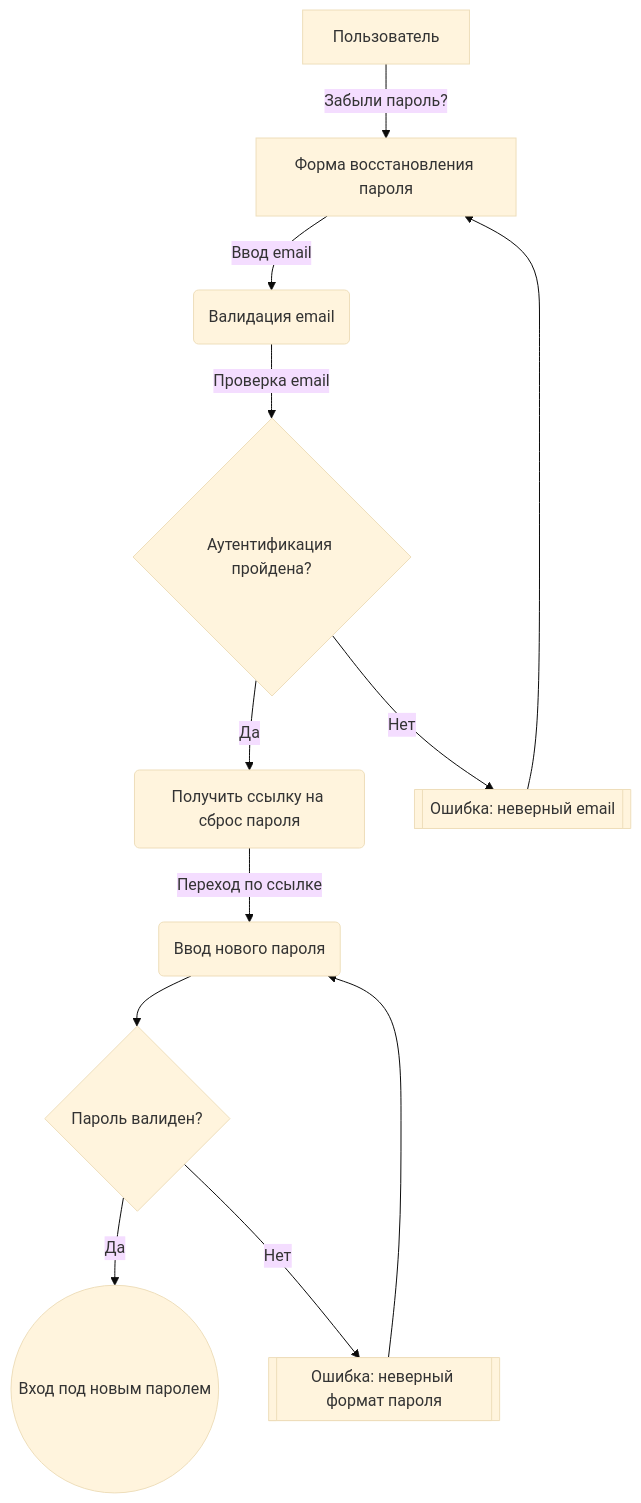
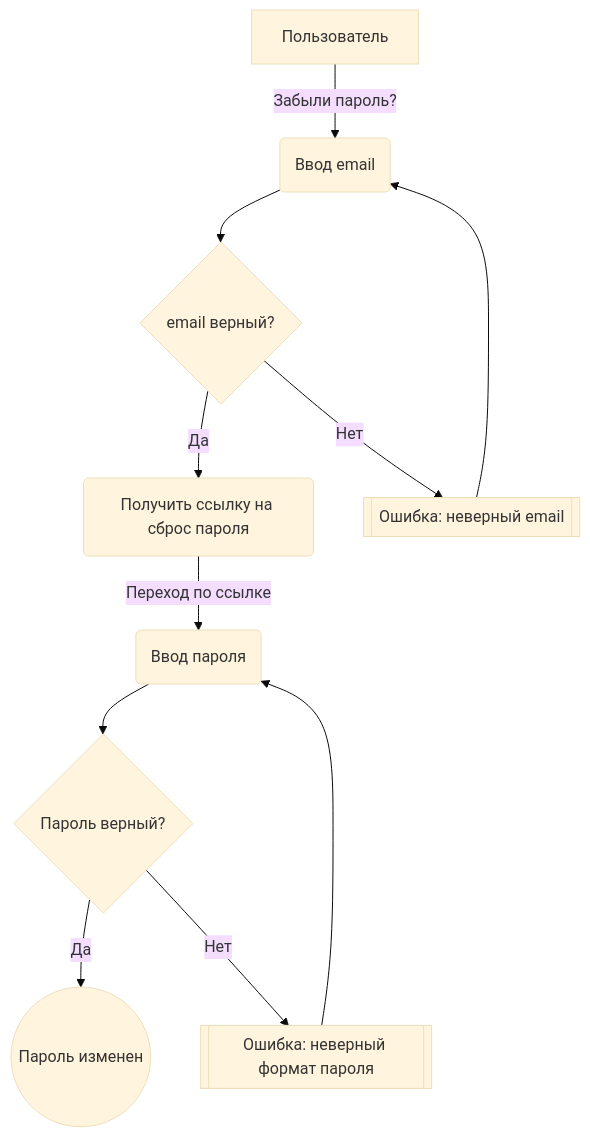
Before and after one commit to P314Rat/LegalexAccount: the first of 2 diagrams in Documentation/docs/авторизация/password-recovery.md, drawn with Mermaid (base theme). The commit also changed other lines of this file and 1 other file, not shown here.

````diff
--- a/Documentation/docs/авторизация/password-recovery.md
+++ b/Documentation/docs/авторизация/password-recovery.md
@@ -16,14 +16,13 @@
 ```mermaid
 graph TD;
-    A[Пользователь] -->|Забыли пароль?| B[Форма восстановления пароля]
-    B -->|Ввод email| C(Валидация email)
-    C -->|Проверка email| D{Аутентификация пройдена?}
-    D -->|Да| E(Получить ссылку на сброс пароля)
-    D -->|Нет| J[[Ошибка: неверный email]]
-    E -->|Переход по ссылке| F(Ввод нового пароля)
-    F --> G{Пароль валиден?}
-    G -->|Да| H((Вход под новым паролем))
+    A[Пользователь] -->|Забыли пароль?| B(Ввод email)
+    B --> C{email верный?}
+    C -->|Да| D(Получить ссылку на сброс пароля)
+    C -->|Нет| E[[Ошибка: неверный email]]
+    D -->|Переход по ссылке| F(Ввод пароля)
+    F --> G{Пароль верный?}
+    G -->|Да| H((Пароль изменен))
     G -->|Нет| I[[Ошибка: неверный формат пароля]]
     I --> F
-    J --> B
+    E --> B
 ```
````
